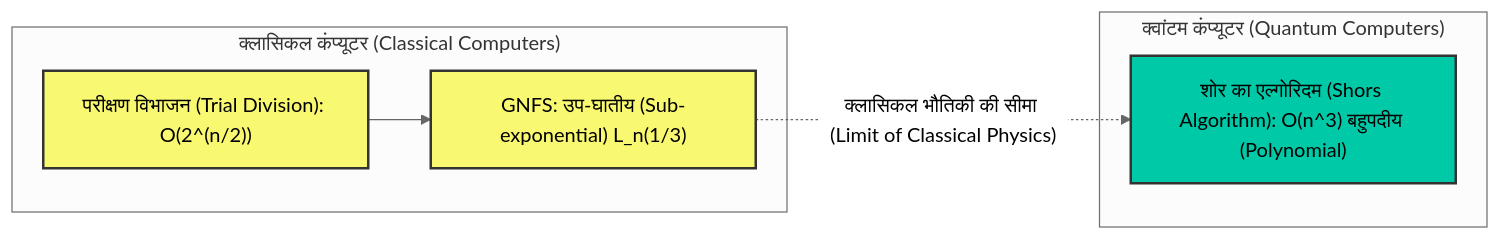
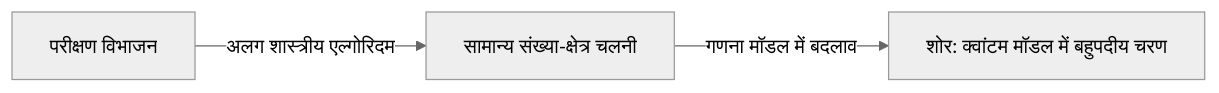
The second of 2 diagrams in content/post/素因数分解と計算量/index.hi.md (kenjinote/blog), drawn with Mermaid (neutral theme) before and after one commit. The commit also changed other lines of this file and 4 other files, not shown here.

````diff
--- a/content/post/素因数分解と計算量/index.hi.md
+++ b/content/post/素因数分解と計算量/index.hi.md
@@ -252,17 +187,5 @@
 ```mermaid
 graph LR
-    classDef classical fill:#f9f871,stroke:#333,stroke-width:2px;
-    classDef quantum fill:#00c9a7,stroke:#333,stroke-width:2px;
-
-    subgraph "क्लासिकल कंप्यूटर (Classical Computers)"
-        C1["परीक्षण विभाजन (Trial Division): O(2^(n/2))"]:::classical
-        C2["GNFS: उप-घातीय (Sub-exponential) L_n(1/3)"]:::classical
-    end
-
-    subgraph "क्वांटम कंप्यूटर (Quantum Computers)"
-        Q1["शोर का एल्गोरिदम (Shors Algorithm): O(n^3) बहुपदीय (Polynomial)"]:::quantum
-    end
-
-    C1 --> C2
-    C2 -. क्लासिकल भौतिकी की सीमा (Limit of Classical Physics) .-> Q1
+    Trial["परीक्षण विभाजन"] -->|अलग शास्त्रीय एल्गोरिदम| GNFS["सामान्य संख्या-क्षेत्र चलनी"]
+    GNFS -->|गणना मॉडल में बदलाव| Shor["शोर: क्वांटम मॉडल में बहुपदीय चरण"]
 ```
````
